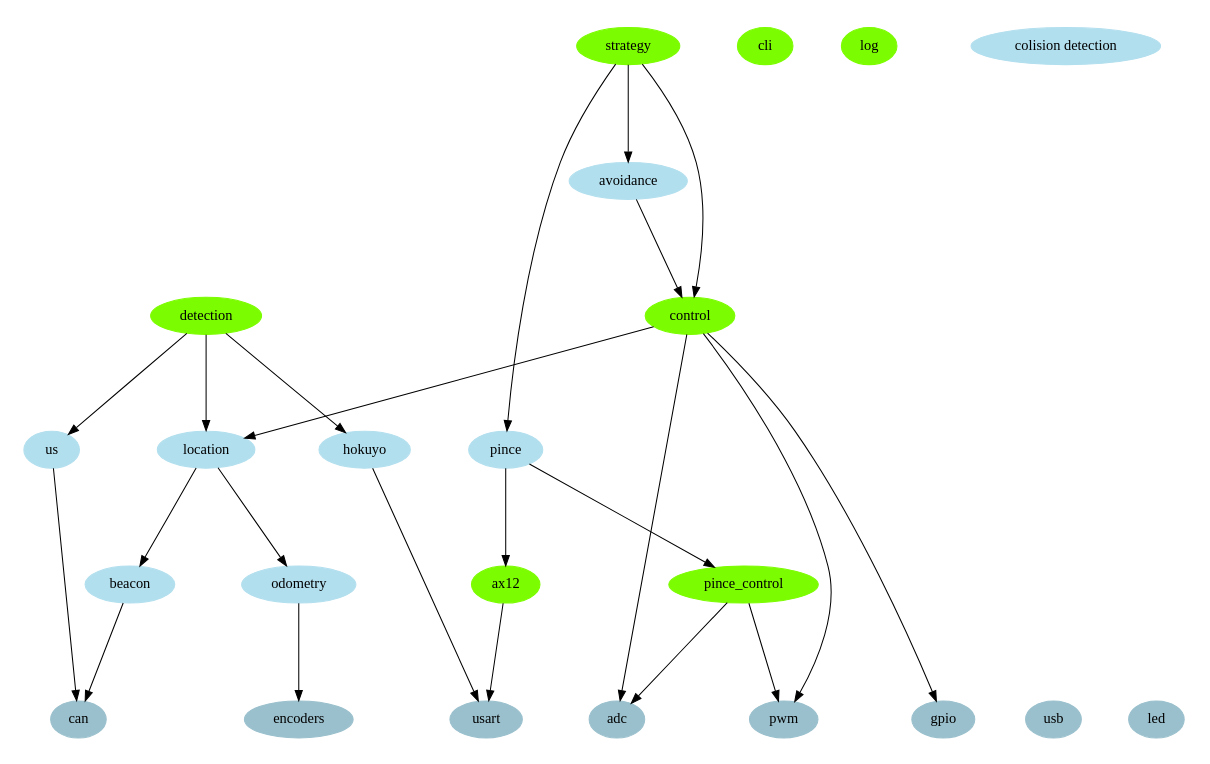
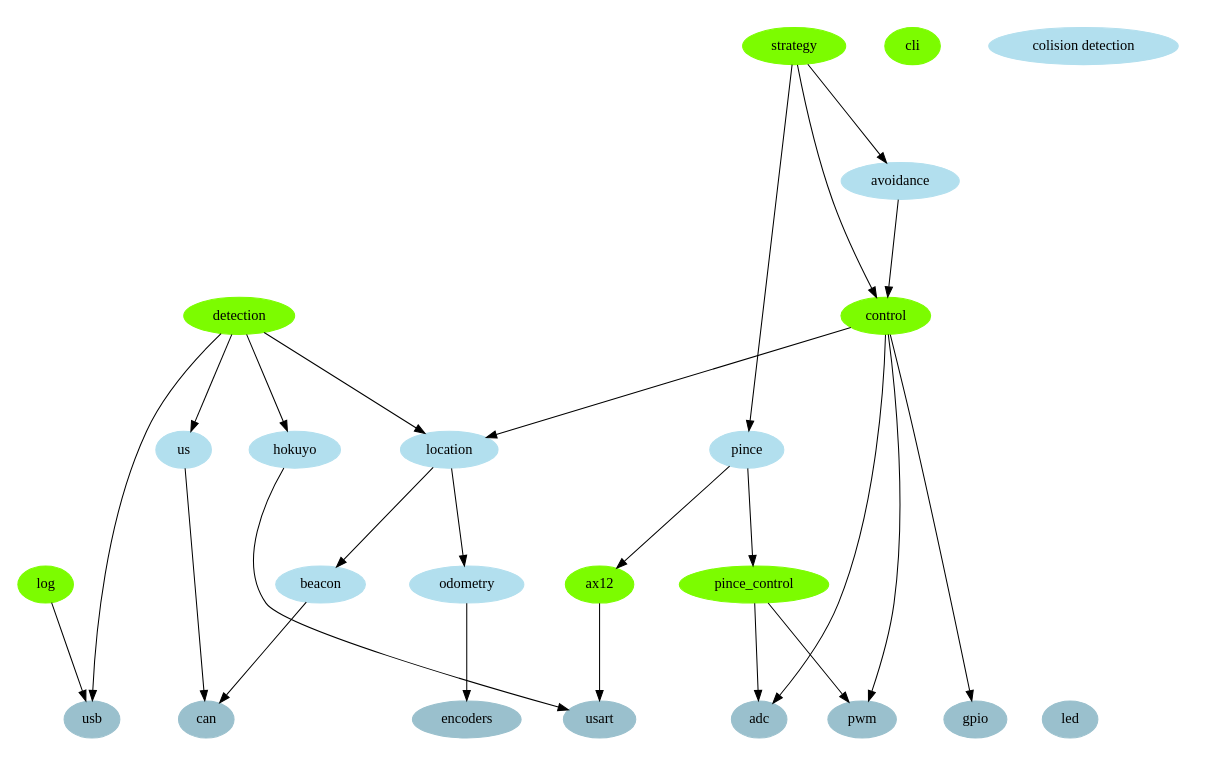
Before and after one commit to jbtredez/Atlantronic: the diagram in doc/graph/architecture.dot, drawn with Graphviz.

```diff
--- a/doc/graph/architecture.dot
+++ b/doc/graph/architecture.dot
@@ -1,66 +1,68 @@
 digraph robot
 {
 	ratio=fill;
 	size="16,10";
 	center=true;
 
 	// modules - taches
 	node [color=lawngreen, style=filled ]
 	strategy
 	control
 	cli
 	log
 	ax12
 	detection
 	pince_control
 
 	// modules - fonctions
 	node [color=lightblue2, style=filled ]
 	avoidance
 	"colision detection"
 	location
 	odometry
 	beacon
 	pince
 	us
 	hokuyo
 
 	// io
 	node [color=lightblue3, style=filled ]
 	{
 		rank=same;
 		adc
 		gpio
 		pwm
 		encoders
 		usb
 		can
 		usart
 		led
 	}
 
 	// liens
 	strategy -> avoidance
 	strategy -> control
 	strategy -> pince
 	avoidance -> control
 	control -> adc
 	control -> gpio
 	control -> location
 	location -> odometry
 	location -> beacon
 	pince -> ax12
 	pince -> pince_control
 	pince_control -> pwm
 	pince_control -> adc
 	detection -> hokuyo
 	detection -> us
 	detection -> location
+	detection -> usb
+	log -> usb
 
 	hokuyo -> usart
 	ax12 -> "usart"
 	us -> "can"
 	beacon -> "can"
 	odometry -> "encoders"
 	control -> "pwm"
 }
```
